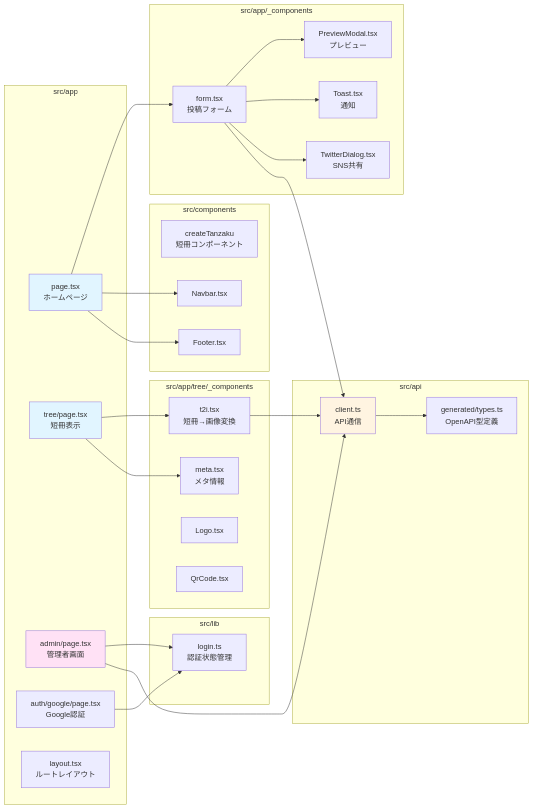
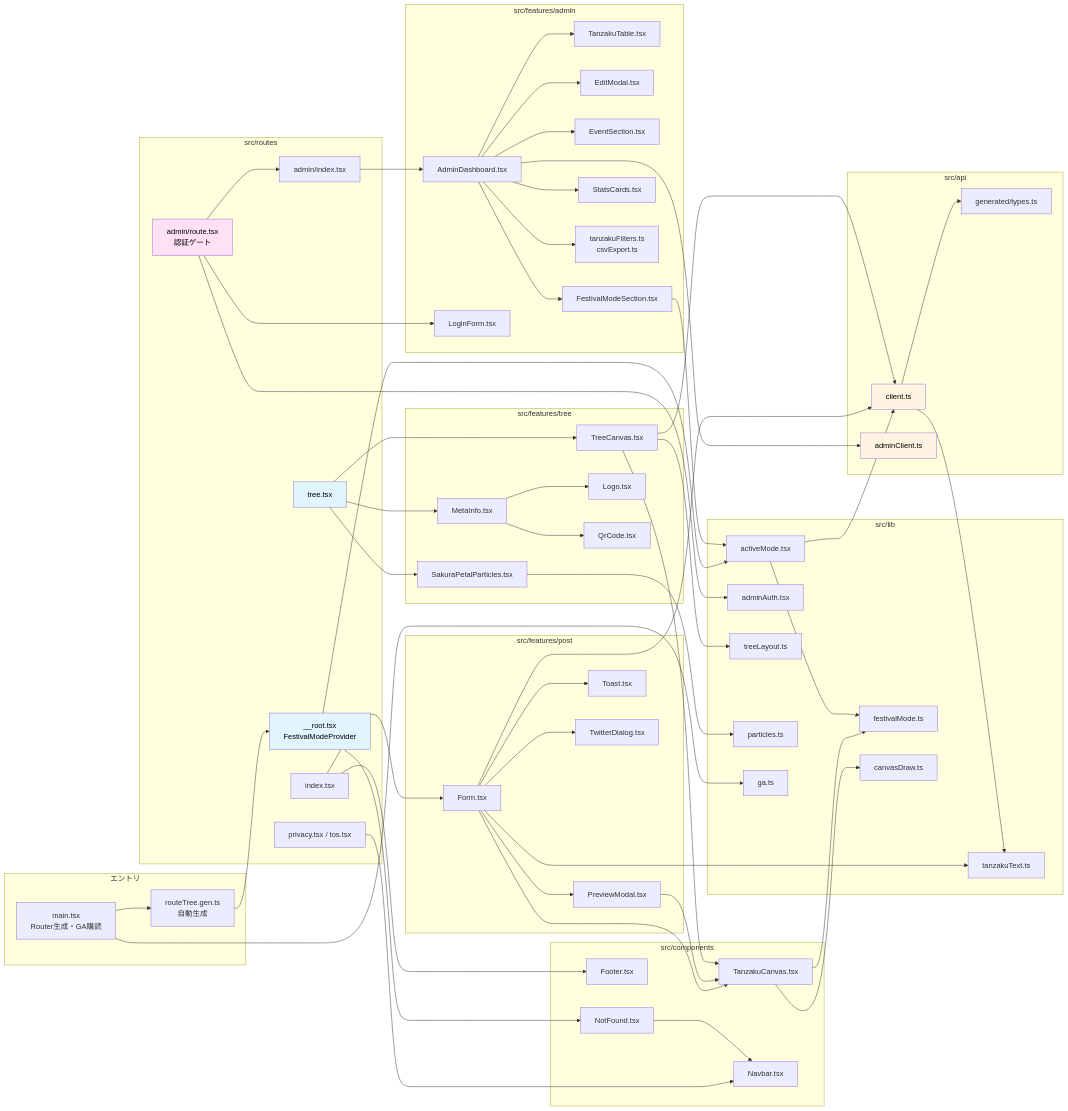
One commit to itl-marubu/tanzaku-frontend-v2 changed the second of 7 diagrams in architecture.md. Above: the diagram before and after it, drawn with Mermaid. The commit also changed other lines of this file and 1 other file, not shown here.

First line of the commit message:
docs: READMEと構成図を現在のmain実装に合わせて更新

````diff
--- a/architecture.md
+++ b/architecture.md
@@ -103,59 +86,121 @@
 ```mermaid
 graph LR
-    subgraph "src/app"
-        P1[page.tsx<br/>ホームページ]
-        P2[tree/page.tsx<br/>短冊表示]
-        P3[admin/page.tsx<br/>管理者画面]
-        P4[auth/google/page.tsx<br/>Google認証]
-        L[layout.tsx<br/>ルートレイアウト]
-    end
-    
-    subgraph "src/app/_components"
-        F[form.tsx<br/>投稿フォーム]
-        PM[PreviewModal.tsx<br/>プレビュー]
-        T[Toast.tsx<br/>通知]
-        TD[TwitterDialog.tsx<br/>SNS共有]
-    end
-    
-    subgraph "src/app/tree/_components"
-        T2I[t2i.tsx<br/>短冊→画像変換]
-        M[meta.tsx<br/>メタ情報]
-        L2[Logo.tsx]
-        Q[QrCode.tsx]
-    end
-    
-    subgraph "src/components"
-        CT[createTanzaku<br/>短冊コンポーネント]
-        N[Navbar.tsx]
-        FO[Footer.tsx]
-    end
-    
-    subgraph "src/api"
-        CL[client.ts<br/>API通信]
-        GT[generated/types.ts<br/>OpenAPI型定義]
-    end
-    
-    subgraph "src/lib"
-        LO[login.ts<br/>認証状態管理]
+    subgraph entry["エントリ"]
+        MAIN[main.tsx<br/>Router生成・GA購読]
+        RT[routeTree.gen.ts<br/>自動生成]
     end
 
-    P1 --> F
-    P1 --> N
+    subgraph routes["src/routes"]
+        ROOT[__root.tsx<br/>FestivalModeProvider]
+        P1[index.tsx]
+        P2[tree.tsx]
+        P3[admin/route.tsx<br/>認証ゲート]
+        P4[admin/index.tsx]
+        P5["privacy.tsx / tos.tsx"]
+    end
+
+    subgraph fpost["src/features/post"]
+        FRM[Form.tsx]
+        PM[PreviewModal.tsx]
+        TO[Toast.tsx]
+        TD[TwitterDialog.tsx]
+    end
+
+    subgraph ftree["src/features/tree"]
+        TC[TreeCanvas.tsx]
+        MI[MetaInfo.tsx]
+        LG[Logo.tsx]
+        QR[QrCode.tsx]
+        SP[SakuraPetalParticles.tsx]
+    end
+
+    subgraph fadmin["src/features/admin"]
+        AD[AdminDashboard.tsx]
+        LF[LoginForm.tsx]
+        TT[TanzakuTable.tsx]
+        EM[EditModal.tsx]
+        ES[EventSection.tsx]
+        FMS[FestivalModeSection.tsx]
+        SC[StatsCards.tsx]
+        TF["tanzakuFilters.ts<br/>csvExport.ts"]
+    end
+
+    subgraph comp["src/components"]
+        TZC[TanzakuCanvas.tsx]
+        NB[Navbar.tsx]
+        FO[Footer.tsx]
+        NF[NotFound.tsx]
+    end
+
+    subgraph api["src/api"]
+        CL[client.ts]
+        MCL[adminClient.ts]
+        GT[generated/types.ts]
+    end
+
+    subgraph lib["src/lib"]
+        AM[activeMode.tsx]
+        FMD[festivalMode.ts]
+        AAU[adminAuth.tsx]
+        CD[canvasDraw.ts]
+        TL[treeLayout.ts]
+        PA[particles.ts]
+        TX[tanzakuText.ts]
+        GAL[ga.ts]
+    end
+
+    MAIN --> RT
+    MAIN --> GAL
+    RT --> ROOT
+    ROOT --> AM
+    ROOT --> NF
+
+    P1 --> FRM
     P1 --> FO
-    P2 --> T2I
-    P2 --> M
-    F --> PM
-    F --> T
-    F --> TD
-    F --> CL
-    T2I --> CL
+    P5 --> NB
+    NF --> NB
+
+    FRM --> PM
+    FRM --> TO
+    FRM --> TD
+    FRM --> TZC
+    FRM --> CL
+    FRM --> TX
+    PM --> TZC
+
+    P2 --> TC
+    P2 --> MI
+    P2 --> SP
+    TC --> TZC
+    TC --> CL
+    TC --> TL
+    MI --> LG
+    MI --> QR
+    SP --> PA
+
+    P3 --> AAU
+    P3 --> LF
+    P3 --> P4
+    P4 --> AD
+    AD --> TT
+    AD --> EM
+    AD --> ES
+    AD --> FMS
+    AD --> SC
+    AD --> TF
+    AD --> MCL
+    FMS --> AM
+
+    TZC --> CD
+    TZC --> FMD
+    AM --> FMD
+    AM --> CL
     CL --> GT
-    P4 --> LO
-    P3 --> LO
-    P3 --> CL
+    CL --> TX
 
-    style P1 fill:#e1f5ff
-    style P2 fill:#e1f5ff
-    style P3 fill:#ffe1f5
-    style CL fill:#fff4e1
+    style ROOT fill:#e1f5ff,color:#000
+    style P2 fill:#e1f5ff,color:#000
+    style P3 fill:#ffe1f5,color:#000
+    style CL fill:#fff4e1,color:#000
+    style MCL fill:#fff4e1,color:#000
 ```
````
